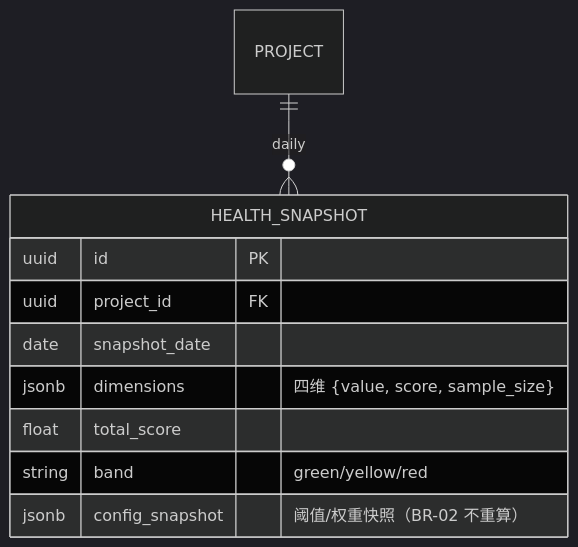
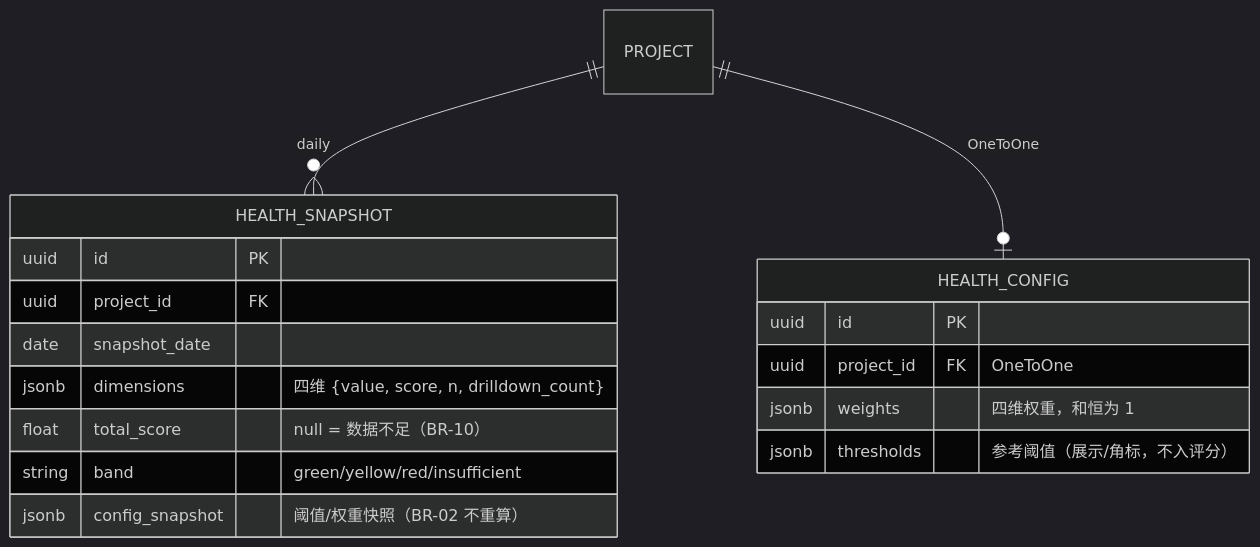
Before and after one commit to RabbitAI-Lab/RabbitProjects: the third of 3 diagrams in docs/sprint-9-enterprise-portfolio/RPT-004-project-health.md, drawn with Mermaid (dark theme). The commit also changed other lines of this file and 13 other files, not shown here.

````diff
--- a/docs/sprint-9-enterprise-portfolio/RPT-004-project-health.md
+++ b/docs/sprint-9-enterprise-portfolio/RPT-004-project-health.md
@@ -182,13 +186,20 @@
 ```mermaid
 erDiagram
     PROJECT ||--o{ HEALTH_SNAPSHOT : "daily"
+    PROJECT ||--o| HEALTH_CONFIG : "OneToOne"
     HEALTH_SNAPSHOT {
         uuid id PK
         uuid project_id FK
         date snapshot_date
-        jsonb dimensions "四维 {value, score, sample_size}"
-        float total_score
-        string band "green/yellow/red"
+        jsonb dimensions "四维 {value, score, n, drilldown_count}"
+        float total_score "null = 数据不足（BR-10）"
+        string band "green/yellow/red/insufficient"
         jsonb config_snapshot "阈值/权重快照（BR-02 不重算）"
     }
+    HEALTH_CONFIG {
+        uuid id PK
+        uuid project_id FK "OneToOne"
+        jsonb weights "四维权重，和恒为 1"
+        jsonb thresholds "参考阈值（展示/角标，不入评分）"
+    }
 ```
````
